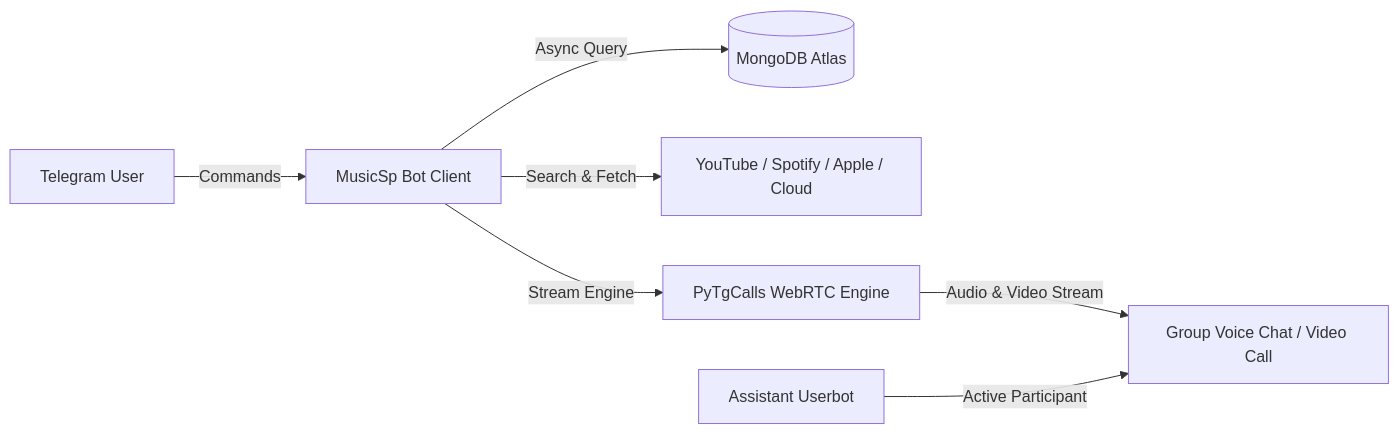
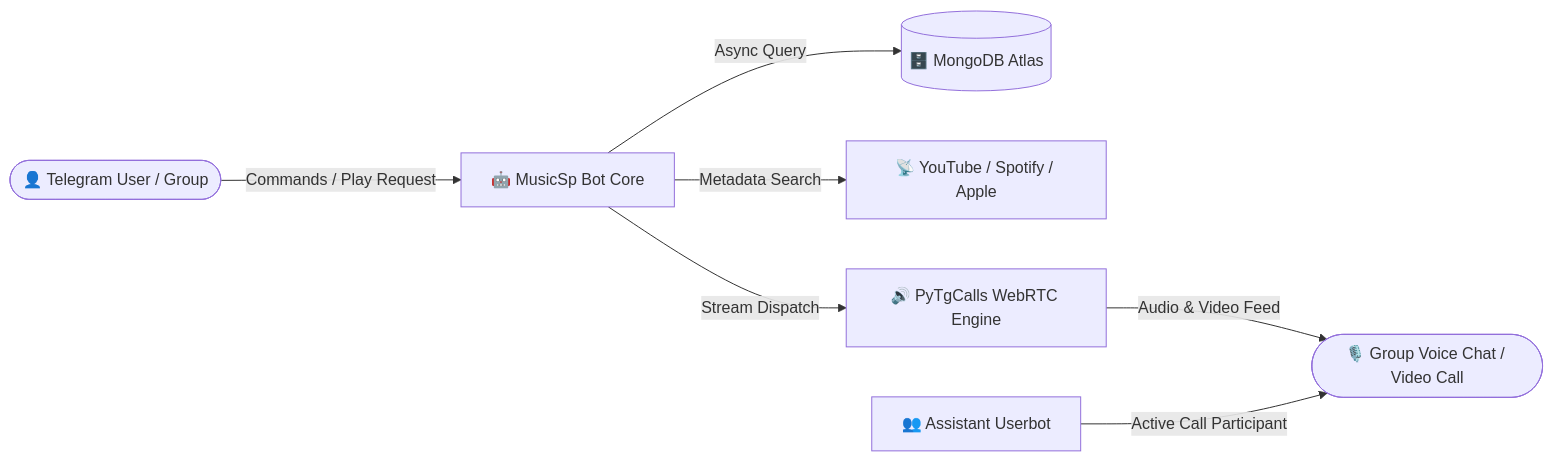
One commit to DevloperSP/MusicSp changed the diagram in README.md. Above: the diagram before and after it, drawn with Mermaid. The commit also changed other lines of this file, not shown here.

````diff
--- a/README.md
+++ b/README.md
@@ -112,9 +249,9 @@
 ```mermaid
 graph LR
-    User[Telegram User] -->|Commands| Bot[MusicSp Bot Client]
-    Bot -->|Async Query| DB[(MongoDB Atlas)]
-    Bot -->|Search & Fetch| Fetcher[YouTube / Spotify / Apple / Cloud]
-    Bot -->|Stream Engine| VC[PyTgCalls WebRTC Engine]
-    VC -->|Audio & Video Stream| Chat[Group Voice Chat / Video Call]
-    Assistant[Assistant Userbot] -->|Active Participant| Chat
+    User([👤 Telegram User / Group]) -->|Commands / Play Request| Bot[🤖 MusicSp Bot Core]
+    Bot -->|Async Query| DB[(🗄️ MongoDB Atlas)]
+    Bot -->|Metadata Search| Fetcher[📡 YouTube / Spotify / Apple]
+    Bot -->|Stream Dispatch| VC[🔊 PyTgCalls WebRTC Engine]
+    VC -->|Audio & Video Feed| Call([🎙️ Group Voice Chat / Video Call])
+    Assistant[👥 Assistant Userbot] -->|Active Call Participant| Call
 ```
````
